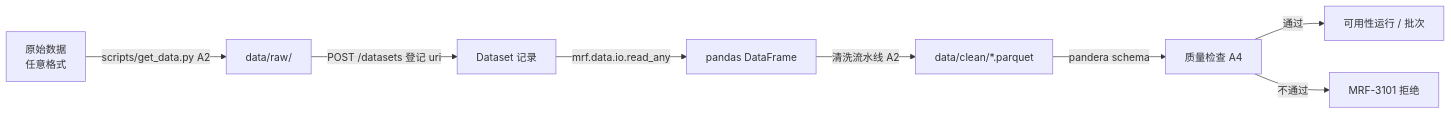
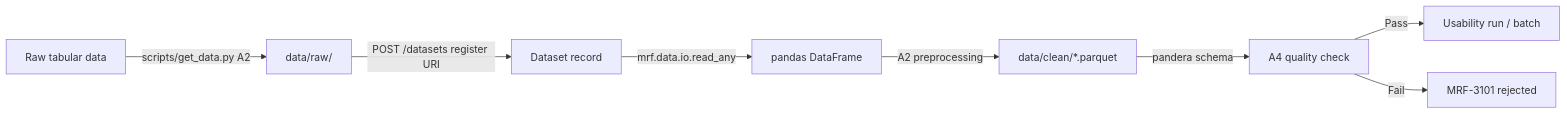
Before and after one commit to LuisWang709/EXL_JLWZ: the diagram in docs/data.md, drawn with Mermaid. The commit also changed other lines of this file and 31 other files, not shown here.

````diff
--- a/docs/data.md
+++ b/docs/data.md
@@ -16,10 +16,10 @@
 ```mermaid
 flowchart LR
-    RAW[原始数据<br/>任意格式] -->|scripts/get_data.py A2| L["data/raw/"]
-    L -->|POST /datasets 登记 uri| REG[Dataset 记录]
+    RAW[Raw tabular data] -->|scripts/get_data.py A2| L["data/raw/"]
+    L -->|POST /datasets register URI| REG[Dataset record]
     REG -->|mrf.data.io.read_any| DF[pandas DataFrame]
-    DF -->|清洗流水线 A2| CLEAN["data/clean/*.parquet"]
-    CLEAN -->|pandera schema| QC[质量检查 A4]
-    QC -->|通过| RUN[可用性运行 / 批次]
-    QC -->|不通过| X[MRF-3101 拒绝]
+    DF -->|A2 preprocessing| CLEAN["data/clean/*.parquet"]
+    CLEAN -->|pandera schema| QC[A4 quality check]
+    QC -->|Pass| RUN[Usability run / batch]
+    QC -->|Fail| X[MRF-3101 rejected]
 ```
````
